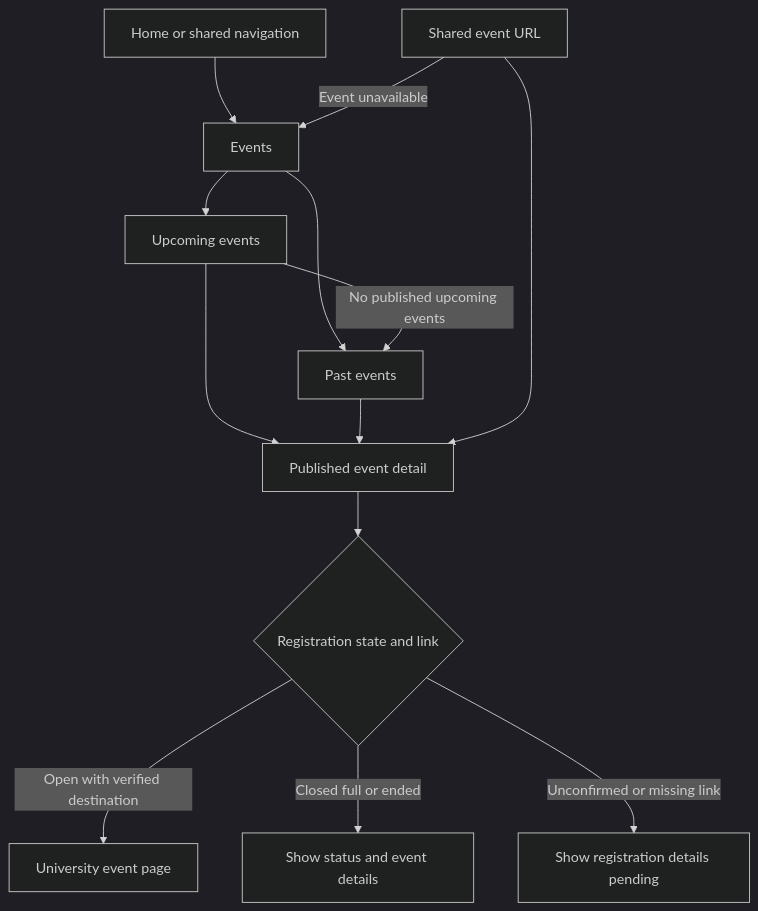
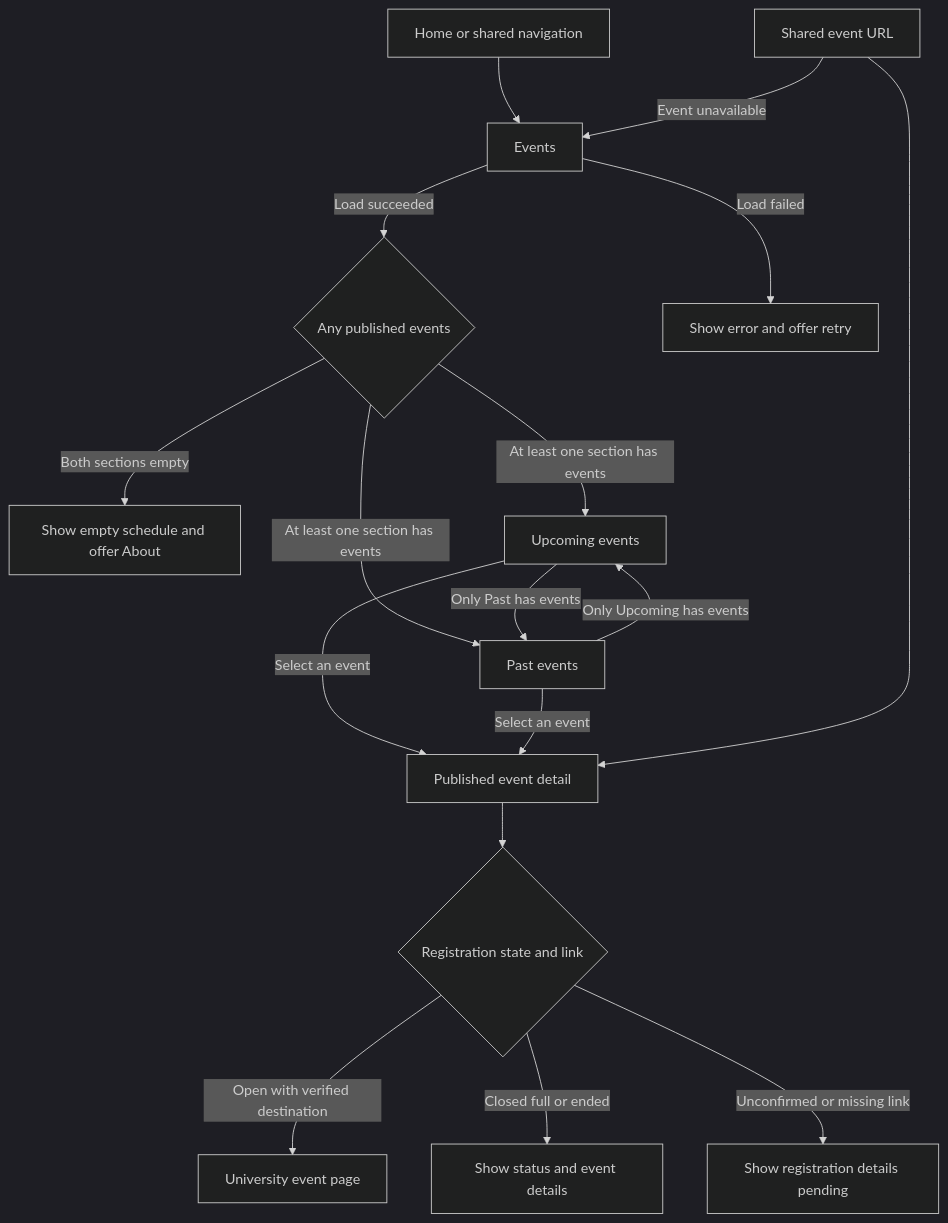
Before and after one commit to pranav-pushya/Code2Chill: the first of 3 diagrams in docs/PAGES_AND_JOURNEYS.md, drawn with Mermaid (dark theme). The commit also changed other lines of this file and 2 other files, not shown here.

Commit message:
fix empty events and application retry

````diff
--- a/docs/PAGES_AND_JOURNEYS.md
+++ b/docs/PAGES_AND_JOURNEYS.md
@@ -35,15 +35,19 @@
 ```mermaid
 flowchart TD
     H[Home or shared navigation] --> L[Events]
-    L --> U[Upcoming events]
-    L --> P[Past events]
-    U -->|No published upcoming events| P
-    U --> D[Published event detail]
-    P --> D
+    L -->|Load succeeded| C{Any published events}
+    L -->|Load failed| W[Show error and offer retry]
+    C -->|Both sections empty| B[Show empty schedule and offer About]
+    C -->|At least one section has events| U[Upcoming events]
+    C -->|At least one section has events| P[Past events]
+    U -->|Only Past has events| P
+    P -->|Only Upcoming has events| U
+    U -->|Select an event| D[Published event detail]
+    P -->|Select an event| D
     S[Shared event URL] --> D
     S -->|Event unavailable| L
     D --> R{Registration state and link}
     R -->|Open with verified destination| F[University event page]
     R -->|Closed full or ended| X[Show status and event details]
     R -->|Unconfirmed or missing link| Y[Show registration details pending]
 ```
````
